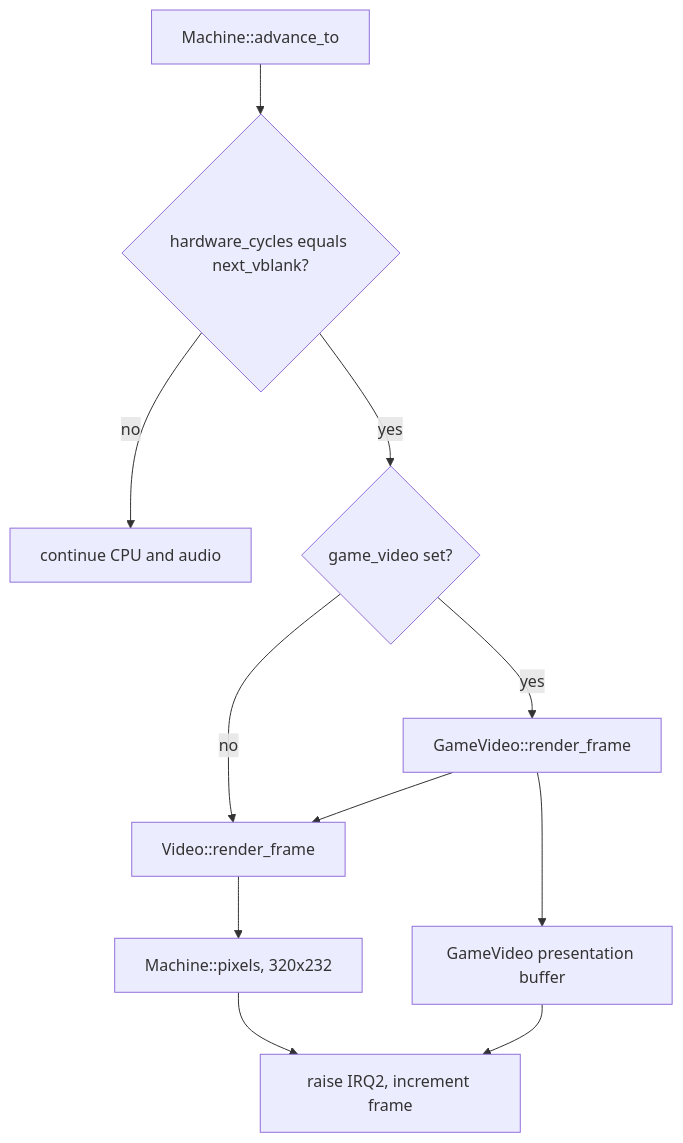
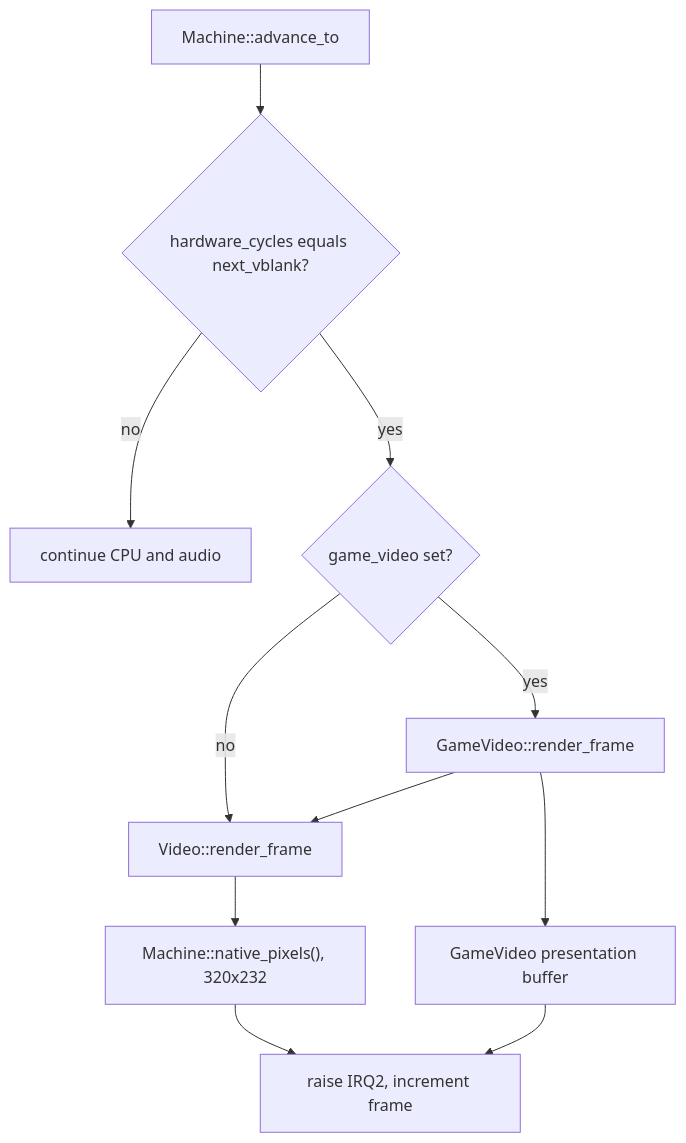
One commit to ansxor/f3-recomp changed the diagram in docs/site/developer/runtime/video/index.md. Above: the diagram before and after it, drawn with Mermaid. The commit also changed other lines of this file and 20 other files, not shown here.

````diff
--- a/docs/site/developer/runtime/video/index.md
+++ b/docs/site/developer/runtime/video/index.md
@@ -27,13 +27,13 @@
 ```mermaid
 flowchart TD
     A["Machine::advance_to"] --> B{"hardware_cycles equals next_vblank?"}
     B -- "no" --> Z["continue CPU and audio"]
     B -- "yes" --> C{"game_video set?"}
     C -- "no" --> D["Video::render_frame"]
     C -- "yes" --> E["GameVideo::render_frame"]
     E --> D
-    D --> F["Machine::pixels, 320x232"]
+    D --> F["Machine::native_pixels(), 320x232"]
     E --> G["GameVideo presentation buffer"]
     F --> H["raise IRQ2, increment frame"]
     G --> H
 ```
````
